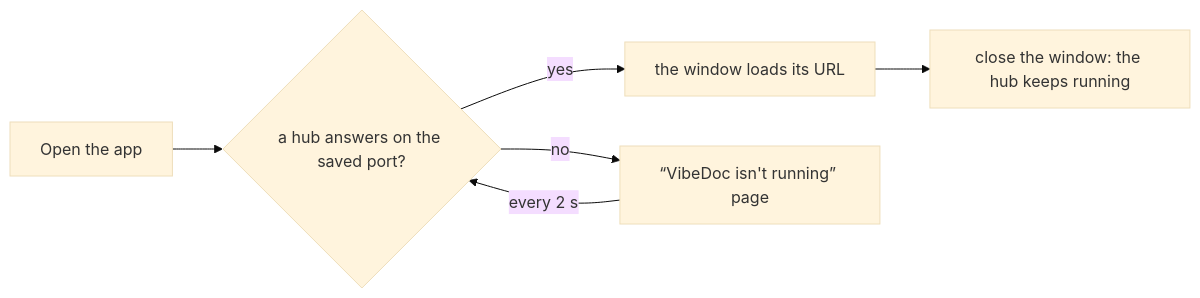
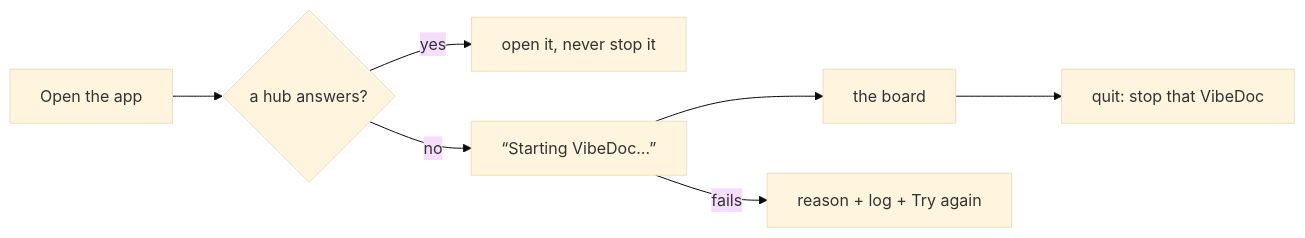
Before and after one commit to quanghoangf/vibedoc: the diagram in docs/desktop-app.md, drawn with Mermaid (base theme). The commit also changed other lines of this file and 8 other files, not shown here.

Commit message:
feat(desktop): the app starts its own VibeDoc when none runs and stops only that one on quit (T578)

````diff
--- a/docs/desktop-app.md
+++ b/docs/desktop-app.md
@@ -18,8 +26,9 @@
 ```mermaid
 flowchart LR
-  A[Open the app] --> B{a hub answers on the saved port?}
-  B -- yes --> C[the window loads its URL]
-  B -- no --> D[“VibeDoc isn't running” page]
-  D -- every 2 s --> B
-  C --> E[close the window: the hub keeps running]
+  A[Open the app] --> B{a hub answers?}
+  B -- yes --> C[open it, never stop it]
+  B -- no --> D[“Starting VibeDoc…”]
+  D --> E[the board]
+  E --> F[quit: stop that VibeDoc]
+  D -- fails --> G[reason + log + Try again]
 ```
````
